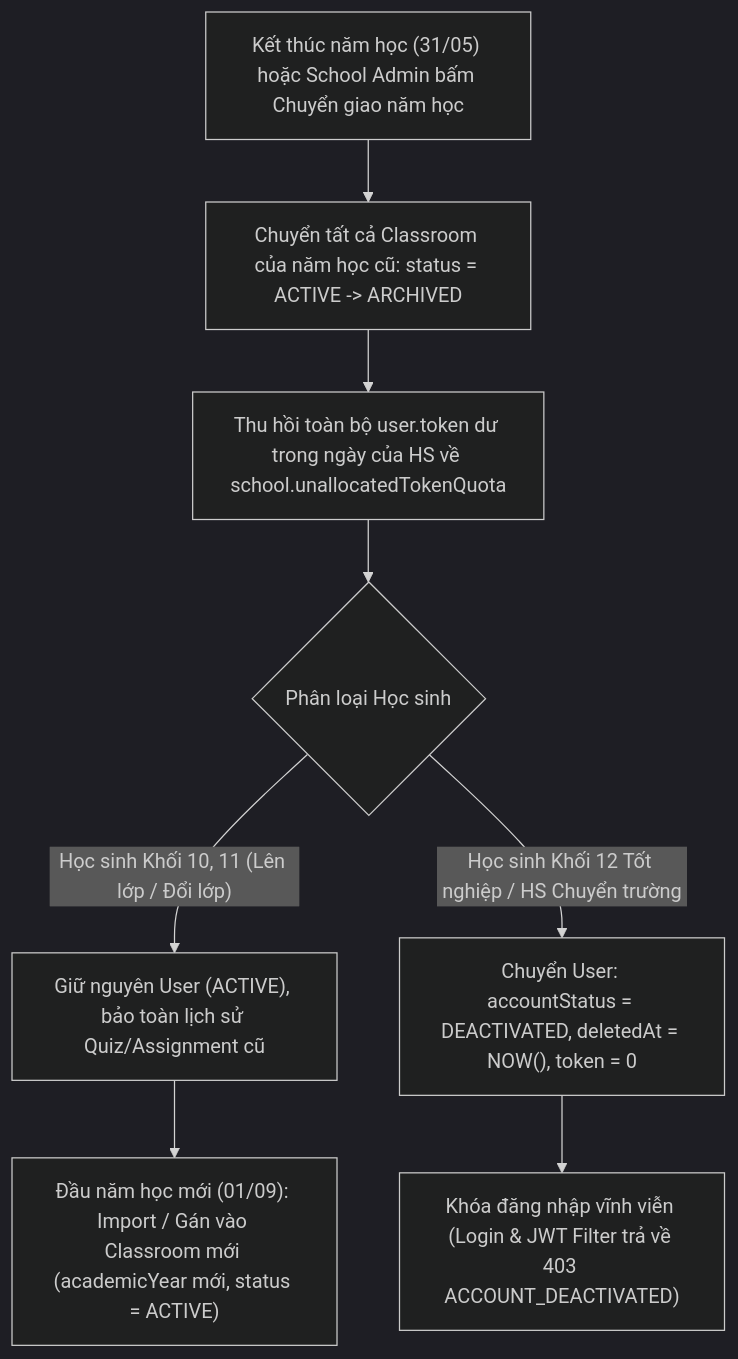
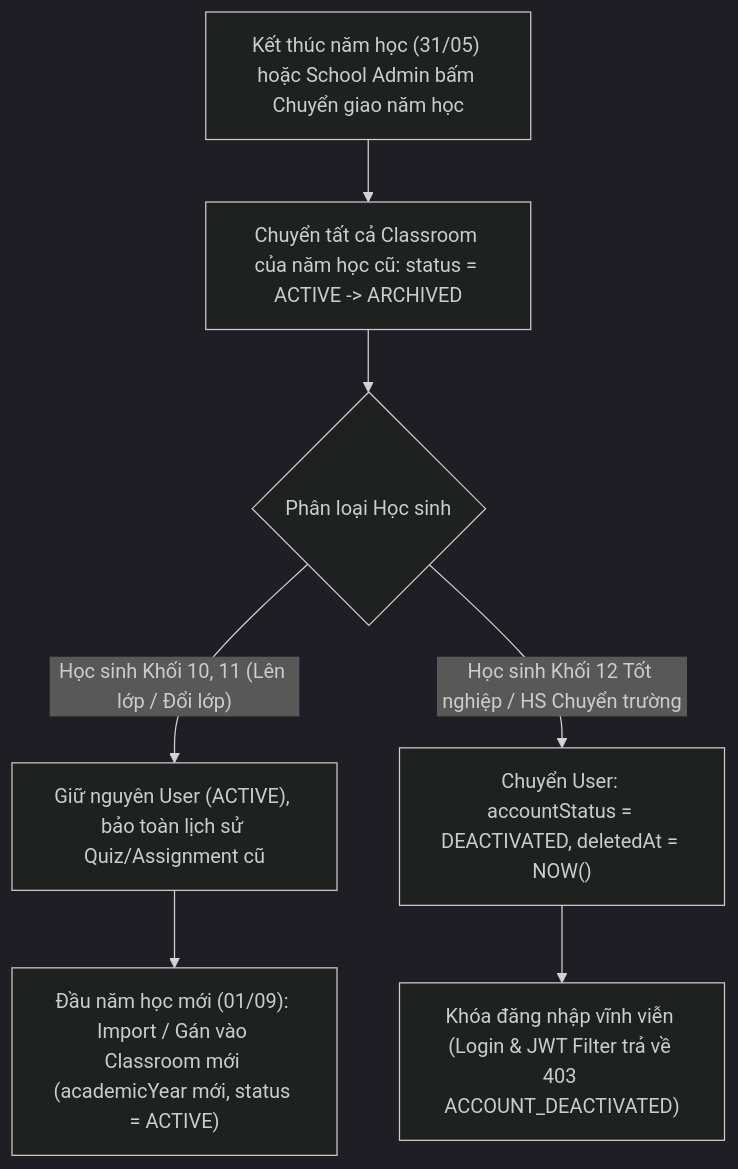
One commit to DinhTQSE/Capstone_FinalProject_HistoryTalk changed the fifth of 5 diagrams in docs/sprints/sprint_7/business_flows/school_subscription_daily_token_and_lifecycle_flow.md. Above: the diagram before and after it, drawn with Mermaid (dark theme). The commit also changed other lines of this file and 13 other files, not shown here.

Commit message:
refactor(school-token): switch to 100% pure shared pool with direct pool deduction and daily usage counter

````diff
--- a/docs/sprints/sprint_7/business_flows/school_subscription_daily_token_and_lifecycle_flow.md
+++ b/docs/sprints/sprint_7/business_flows/school_subscription_daily_token_and_lifecycle_flow.md
@@ -152,12 +151,11 @@
 ```mermaid
 flowchart TD
     EndYear["Kết thúc năm học (31/05) hoặc School Admin bấm Chuyển giao năm học"] --> ArchiveClasses["Chuyển tất cả Classroom của năm học cũ: status = ACTIVE -> ARCHIVED"]
-    ArchiveClasses --> ReclaimTokens["Thu hồi toàn bộ user.token dư trong ngày của HS về school.unallocatedTokenQuota"]
-    ReclaimTokens --> CheckStudentType{"Phân loại Học sinh"}
+    ArchiveClasses --> CheckStudentType{"Phân loại Học sinh"}
 
     CheckStudentType -- "Học sinh Khối 10, 11 (Lên lớp / Đổi lớp)" --> KeepActive["Giữ nguyên User (ACTIVE), bảo toàn lịch sử Quiz/Assignment cũ"]
     KeepActive --> NewYear["Đầu năm học mới (01/09): Import / Gán vào Classroom mới (academicYear mới, status = ACTIVE)"]
 
-    CheckStudentType -- "Học sinh Khối 12 Tốt nghiệp / HS Chuyển trường" --> DeactivateUser["Chuyển User: accountStatus = DEACTIVATED, deletedAt = NOW(), token = 0"]
+    CheckStudentType -- "Học sinh Khối 12 Tốt nghiệp / HS Chuyển trường" --> DeactivateUser["Chuyển User: accountStatus = DEACTIVATED, deletedAt = NOW()"]
     DeactivateUser --> BlockAuth["Khóa đăng nhập vĩnh viễn (Login & JWT Filter trả về 403 ACCOUNT_DEACTIVATED)"]
 ```
````
